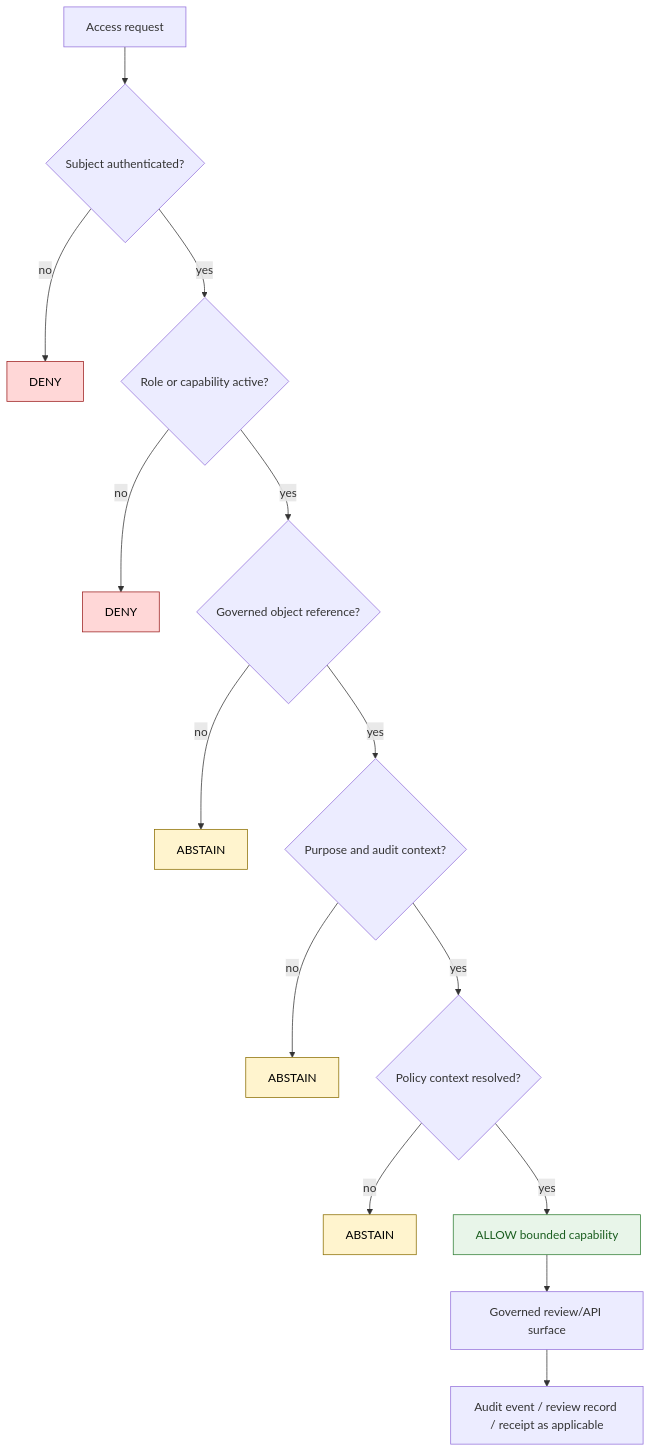
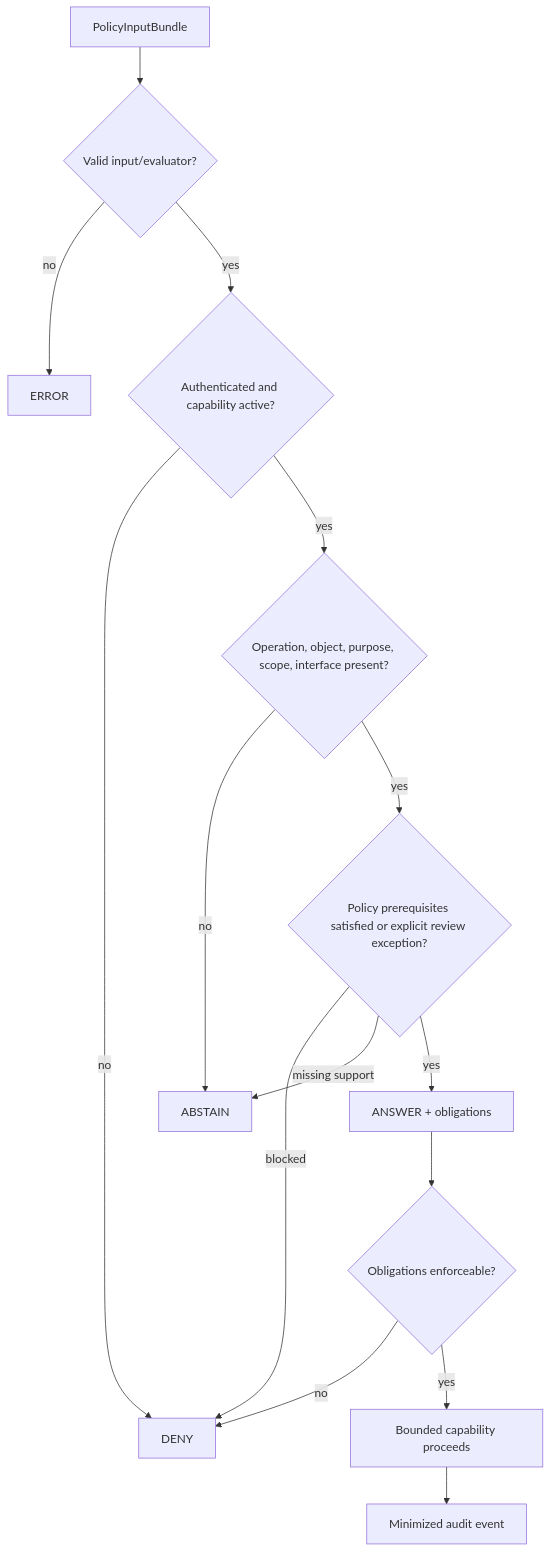
One commit to bartytime4life/Kansas-Frontier-Matrix changed the diagram in policy/access/README.md. Above: the diagram before and after it, drawn with Mermaid. The commit also changed other lines of this file, not shown here.

Commit message:
docs(policy): strengthen access policy root

````diff
--- a/policy/access/README.md
+++ b/policy/access/README.md
@@ -200,24 +298,17 @@
 ```mermaid
 flowchart TD
-    req["Access request"] --> subject{"Subject authenticated?"}
-    subject -->|no| deny["DENY"]
-    subject -->|yes| role{"Role or capability active?"}
-    role -->|no| deny2["DENY"]
-    role -->|yes| object{"Governed object reference?"}
-    object -->|no| abstain["ABSTAIN"]
-    object -->|yes| context{"Purpose and audit context?"}
-    context -->|no| abstain2["ABSTAIN"]
-    context -->|yes| policy{"Policy context resolved?"}
-    policy -->|no| abstain3["ABSTAIN"]
-    policy -->|yes| allow["ALLOW bounded capability"]
-
-    allow --> surface["Governed review/API surface"]
-    surface --> audit["Audit event / review record / receipt as applicable"]
-
-    classDef deny fill:#ffd7d7,stroke:#9b1d1d,color:#000;
-    classDef abstain fill:#fff4ce,stroke:#8a6d00,color:#000;
-    classDef allow fill:#e8f5e9,stroke:#2e7d32,color:#1b5e20;
-    class deny,deny2 deny;
-    class abstain,abstain2,abstain3 abstain;
-    class allow allow;
+    A["PolicyInputBundle"] --> B{"Valid input/evaluator?"}
+    B -->|no| E["ERROR"]
+    B -->|yes| C{"Authenticated and capability active?"}
+    C -->|no| D["DENY"]
+    C -->|yes| F{"Operation, object, purpose, scope, interface present?"}
+    F -->|no| G["ABSTAIN"]
+    F -->|yes| H{"Policy prerequisites satisfied or explicit review exception?"}
+    H -->|blocked| D
+    H -->|missing support| G
+    H -->|yes| I["ANSWER + obligations"]
+    I --> J{"Obligations enforceable?"}
+    J -->|no| D
+    J -->|yes| K["Bounded capability proceeds"]
+    K --> L["Minimized audit event"]
 ```
````
